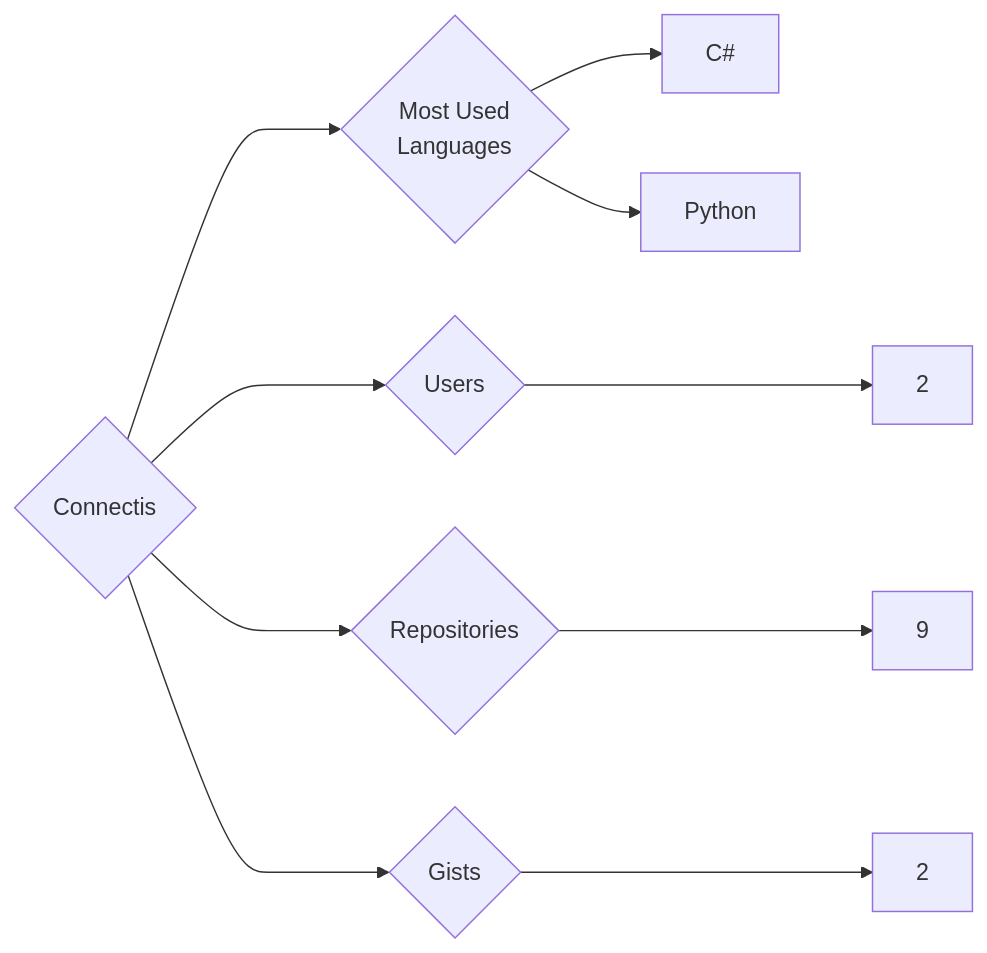
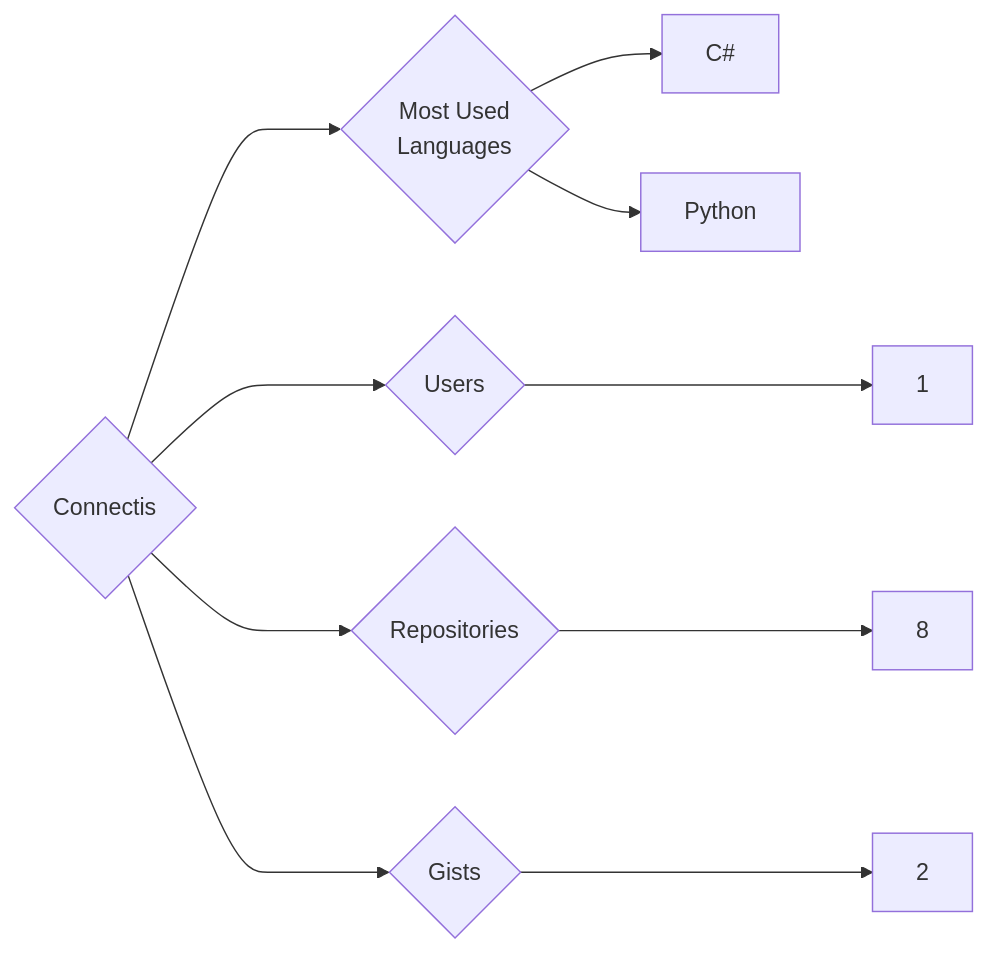
One commit to trickest/insiders changed the diagram in targets/Connectis/README.md. Above: the diagram before and after it, drawn with Mermaid. The commit also changed 1003 other files, not shown here.

````diff
--- a/targets/Connectis/README.md
+++ b/targets/Connectis/README.md
@@ -3,10 +3,10 @@
 ```mermaid
 graph LR
 COMPANY_NAME{Connectis}
-COMPANY_NAME ---> U{Users} ---> UN[2]
-COMPANY_NAME ---> R{Repositories} ---> RN[9]
+COMPANY_NAME ---> U{Users} ---> UN[1]
+COMPANY_NAME ---> R{Repositories} ---> RN[8]
 COMPANY_NAME ---> G{Gists} ---> GN[2]
 COMPANY_NAME ---> ML{Most Used<br>Languages}
 ML --> C#[C#]
 ML --> Python[Python]
 ```
````
